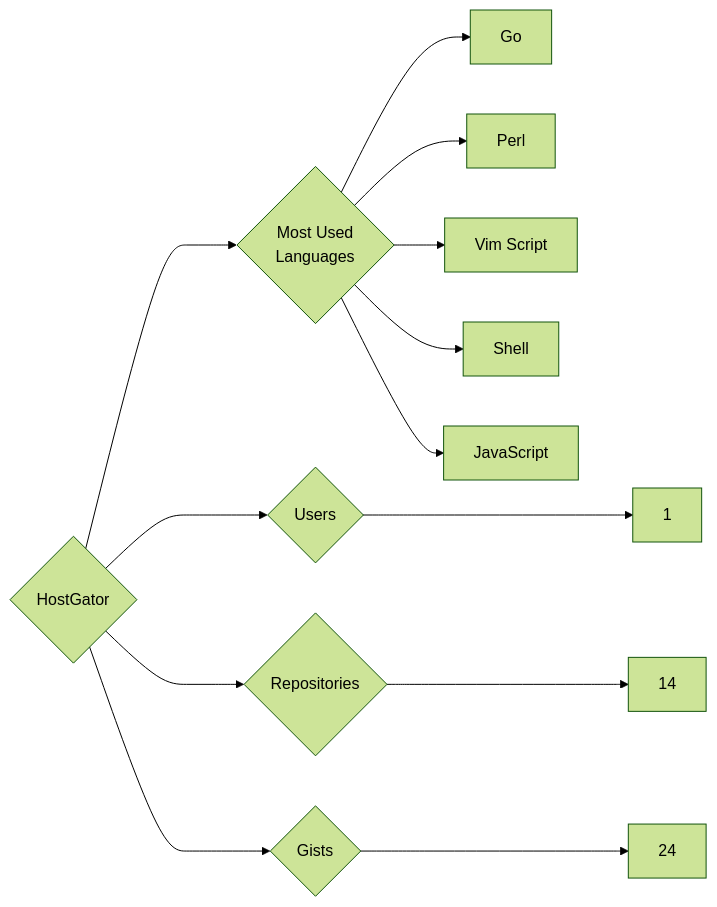
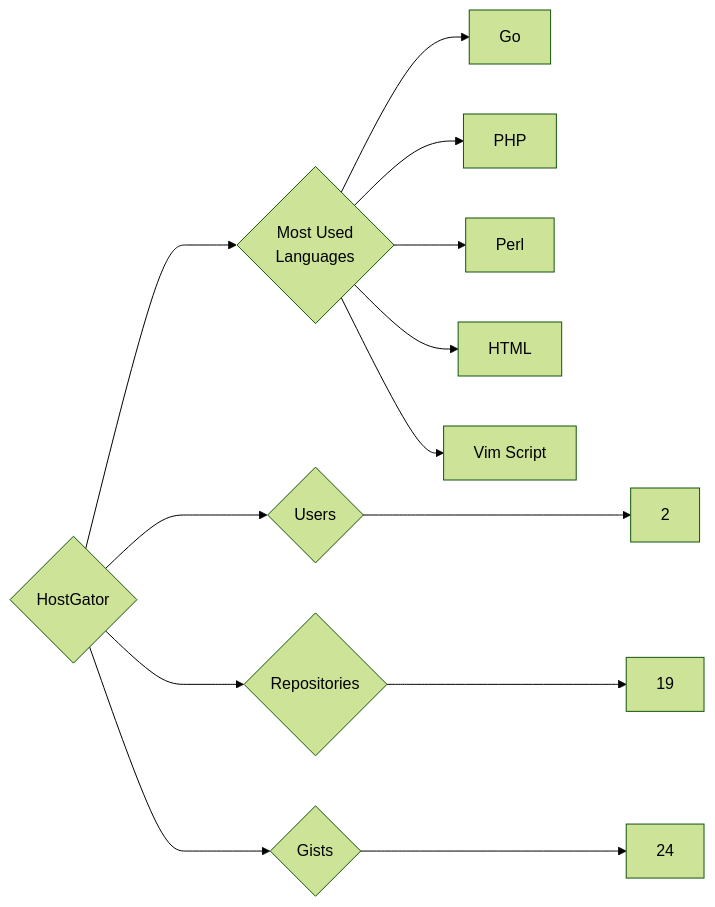
The diagram in targets/HostGator/README.md (trickest/insiders), drawn with Mermaid (forest theme) before and after one commit. The commit also changed 998 other files, not shown here.

````diff
--- a/targets/HostGator/README.md
+++ b/targets/HostGator/README.md
@@ -3,13 +3,13 @@
 ```mermaid
 graph LR
 COMPANY_NAME{HostGator}
-COMPANY_NAME ---> U{Users} ---> UN[1]
-COMPANY_NAME ---> R{Repositories} ---> RN[14]
+COMPANY_NAME ---> U{Users} ---> UN[2]
+COMPANY_NAME ---> R{Repositories} ---> RN[19]
 COMPANY_NAME ---> G{Gists} ---> GN[24]
 COMPANY_NAME ---> ML{Most Used<br>Languages}
 ML --> Go[Go]
+ML --> PHP[PHP]
 ML --> Perl[Perl]
+ML --> HTML[HTML]
 ML --> Vim_Script[Vim Script]
-ML --> Shell[Shell]
-ML --> JavaScript[JavaScript]
 ```
````
